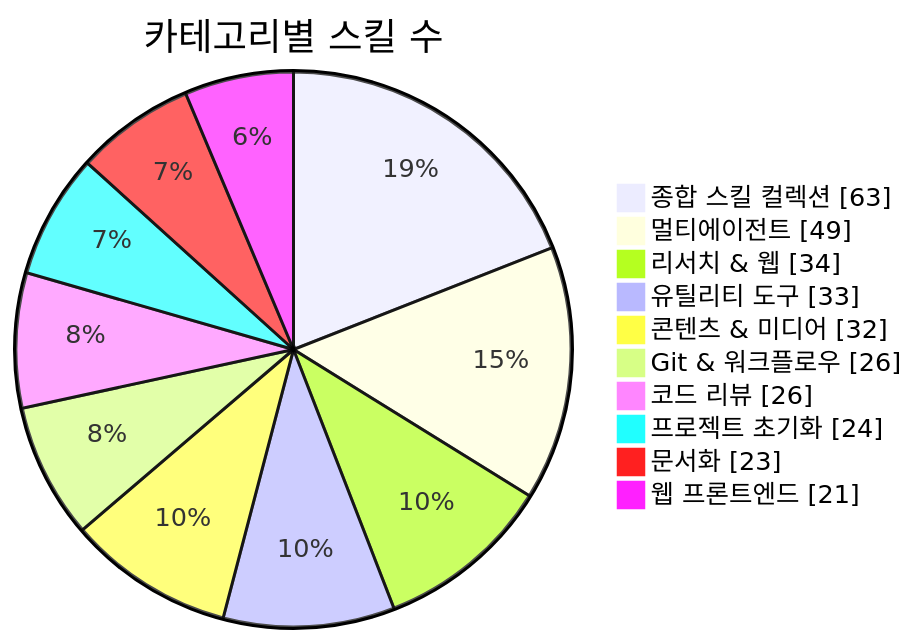
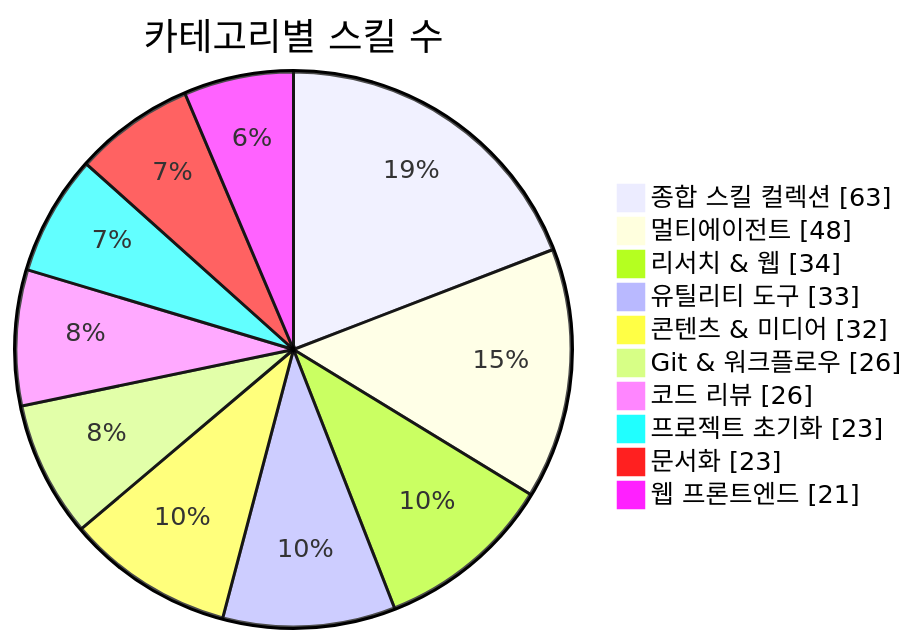
The first of 3 diagrams in README.md (J-nowcow/awesome-korean-agent-skills), drawn with Mermaid before and after one commit. The commit also changed other lines of this file and 26 other files, not shown here.

````diff
--- a/README.md
+++ b/README.md
@@ -176,14 +176,14 @@
 ```mermaid
 pie showData
     title 카테고리별 스킬 수
     "종합 스킬 컬렉션" : 63
-    "멀티에이전트" : 49
+    "멀티에이전트" : 48
     "리서치 & 웹" : 34
     "유틸리티 도구" : 33
     "콘텐츠 & 미디어" : 32
     "Git & 워크플로우" : 26
     "코드 리뷰" : 26
-    "프로젝트 초기화" : 24
+    "프로젝트 초기화" : 23
     "문서화" : 23
     "웹 프론트엔드" : 21
 ```
````
